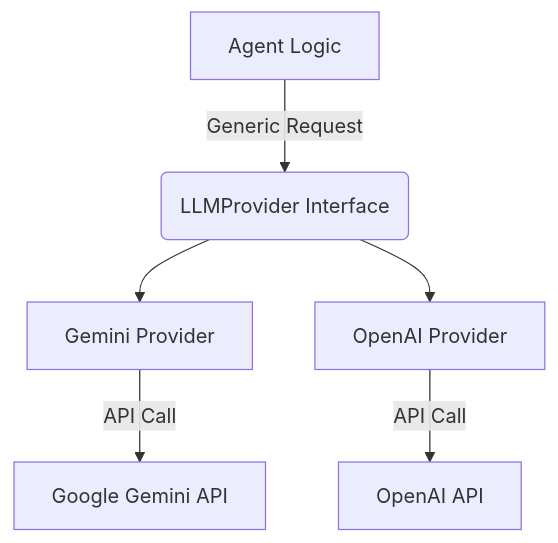
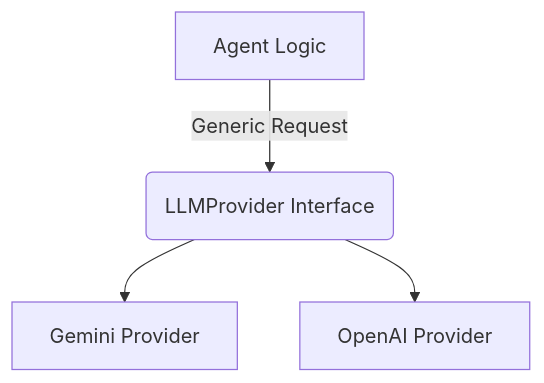
The second of 2 diagrams in Project_Planning/01_System_Architecture.md (Robyn-Collie/QuizWeaver), drawn with Mermaid before and after one commit. The commit also changed other lines of this file and 1 other file, not shown here.

Commit message:
docs: Update roadmap and architecture for Gemini 3 Pro

````diff
--- a/Project_Planning/01_System_Architecture.md
+++ b/Project_Planning/01_System_Architecture.md
@@ -118,9 +92,6 @@
 ```mermaid
 graph TD
     Agent[Agent Logic] -->|Generic Request| LLMProvider(LLMProvider Interface)
     LLMProvider --> Gemini[Gemini Provider]
     LLMProvider --> OpenAI[OpenAI Provider]
-
-    Gemini -->|API Call| Google_Cloud[Google Gemini API]
-    OpenAI -->|API Call| OpenAI_API[OpenAI API]
 ```
````
